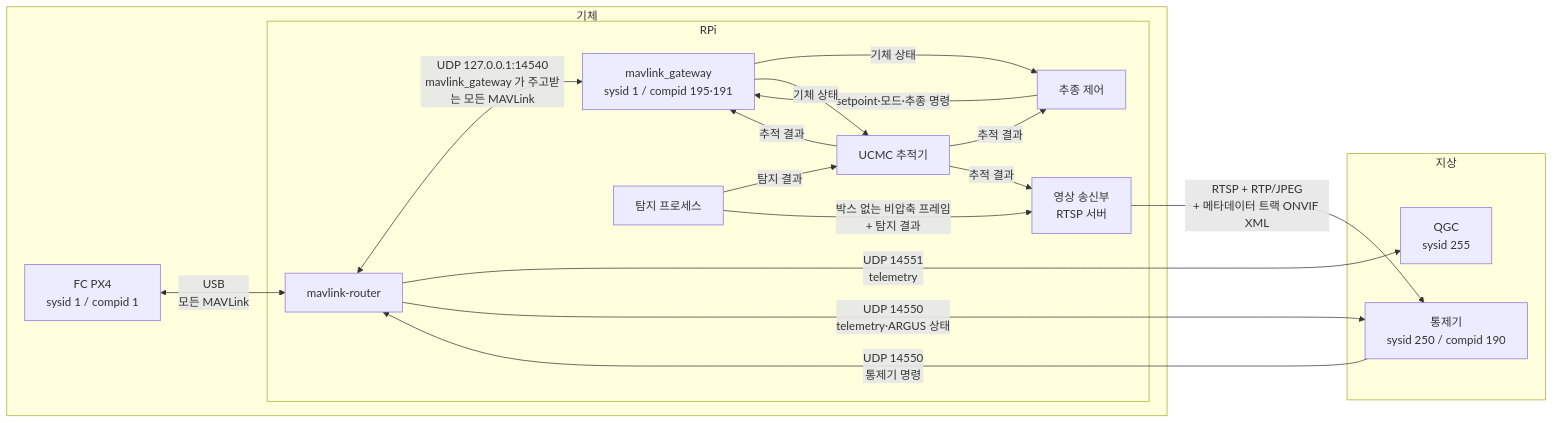
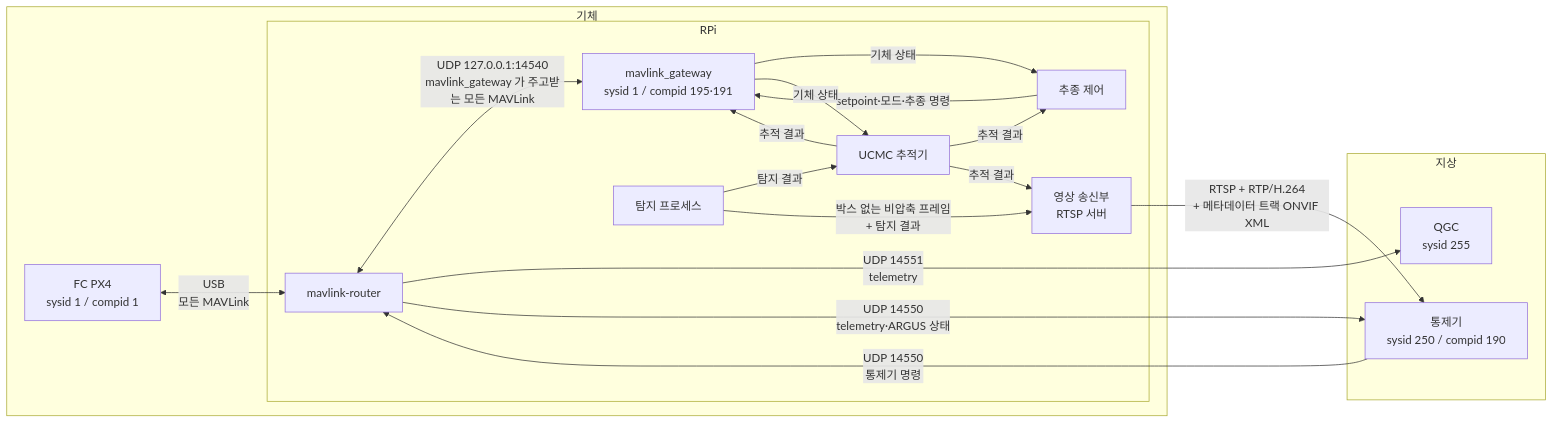
One commit to lig-argus/argus-edge-vision changed the first of 2 diagrams in docs/spec/icd.md. Above: the diagram before and after it, drawn with Mermaid. The commit also changed other lines of this file and 30 other files, not shown here.

````diff
--- a/docs/spec/icd.md
+++ b/docs/spec/icd.md
@@ -49,32 +49,32 @@
 ```mermaid
 flowchart LR
     subgraph vehicle [기체]
         FC[FC PX4<br/>sysid 1 / compid 1]
         subgraph rpi [RPi]
             router[mavlink-router]
             mavlink_gateway[mavlink_gateway<br/>sysid 1 / compid 195·191]
             follow[추종 제어]
             tracker[UCMC 추적기]
             vision[탐지 프로세스]
             rtsp[영상 송신부<br/>RTSP 서버]
         end
     end
     subgraph ground [지상]
         gcs[통제기<br/>sysid 250 / compid 190]
         qgc[QGC<br/>sysid 255]
     end
     FC <-->|USB<br/>모든 MAVLink| router
     router <-->|UDP 127.0.0.1:14540<br/>mavlink_gateway 가 주고받는 모든 MAVLink| mavlink_gateway
     router -->|UDP 14551<br/>telemetry| qgc
     router -->|UDP 14550<br/>telemetry·ARGUS 상태| gcs
     gcs -->|UDP 14550<br/>통제기 명령| router
     mavlink_gateway -->|기체 상태| follow
     follow -->|setpoint·모드·추종 명령| mavlink_gateway
     mavlink_gateway -->|기체 상태| tracker
     tracker -->|추적 결과| mavlink_gateway
     vision -->|탐지 결과| tracker
     tracker -->|추적 결과| follow
     vision -->|박스 없는 비압축 프레임<br/>+ 탐지 결과| rtsp
     tracker -->|추적 결과| rtsp
-    rtsp -->|RTSP + RTP/JPEG<br/>+ 메타데이터 트랙 ONVIF XML| gcs
+    rtsp -->|RTSP + RTP/H.264<br/>+ 메타데이터 트랙 ONVIF XML| gcs
 ```
````
